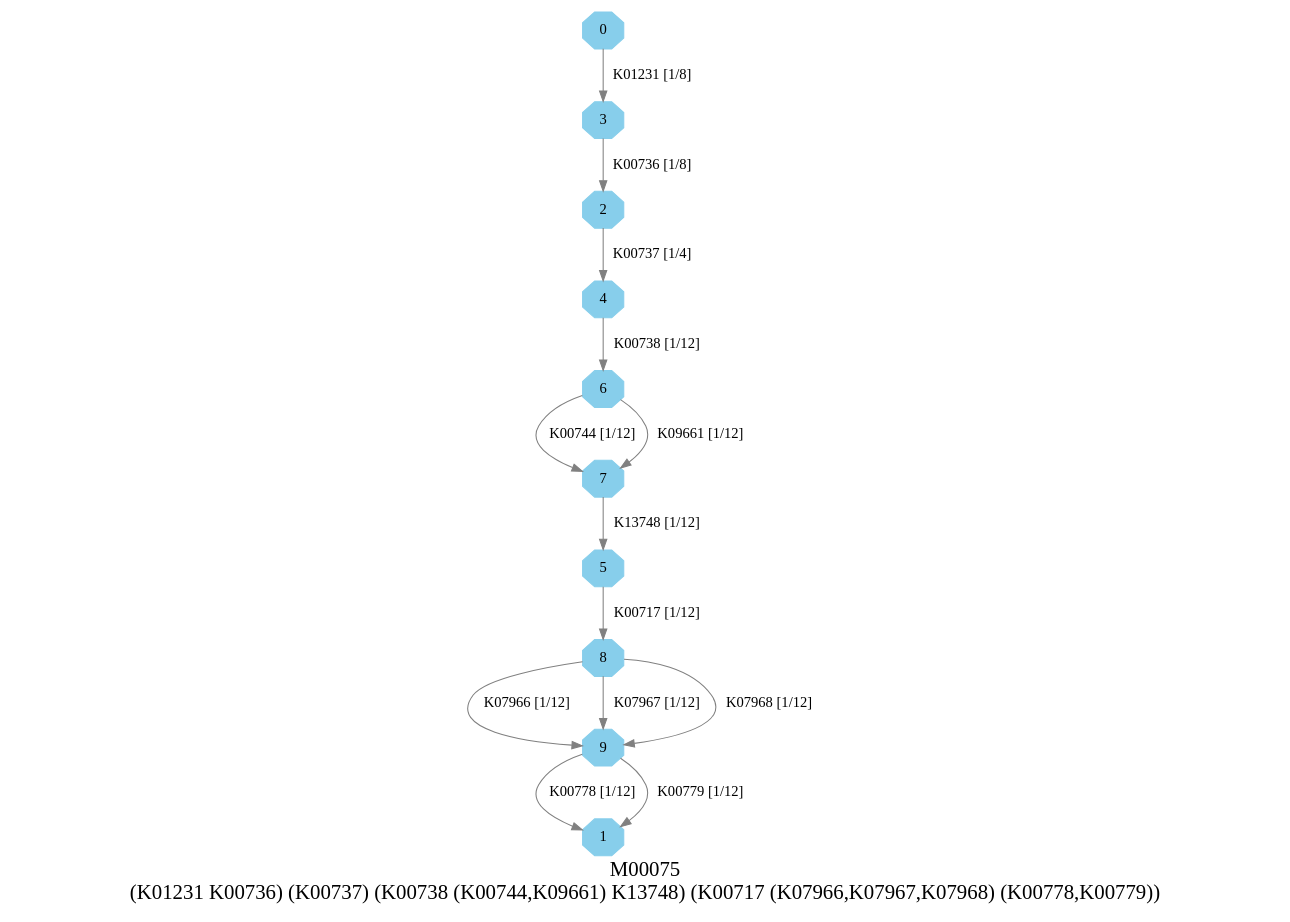
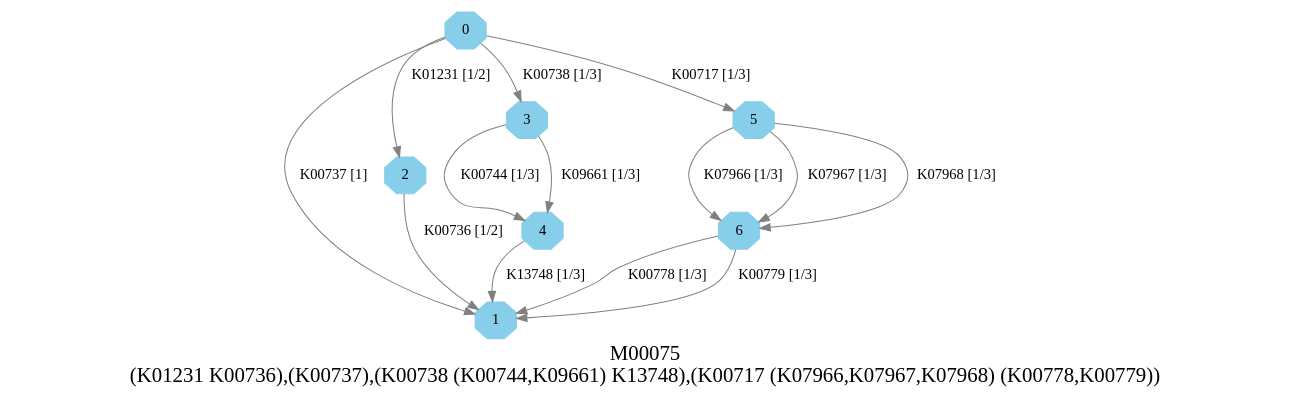
Before and after one commit to EBI-Metagenomics/kegg-pathways-completeness-tool: the diagram in graphs/dots/M00075.dot, drawn with Graphviz. The commit also changed 45 other files, not shown here.

```diff
--- a/graphs/dots/M00075.dot
+++ b/graphs/dots/M00075.dot
@@ -1,20 +1,20 @@
 digraph G {
 graph [label="M00075
-(K01231 K00736) (K00737) (K00738 (K00744,K09661) K13748) (K00717 (K07966,K07967,K07968) (K00778,K00779))",fontsize=20];
+(K01231 K00736),(K00737),(K00738 (K00744,K09661) K13748),(K00717 (K07966,K07967,K07968) (K00778,K00779))",fontsize=20];
 node [shape=box,style=filled];
 edge [len=3,color=grey];
-{node [width=.3,height=.3,shape=octagon,style=filled,color=skyblue] 0 1 2 3 4 5 6 7 8 9 }
-0 -> 3 [label="K01231 [1/8]"];
-2 -> 4 [label="K00737 [1/4]"];
-3 -> 2 [label="K00736 [1/8]"];
-4 -> 6 [label="K00738 [1/12]"];
-5 -> 8 [label="K00717 [1/12]"];
-6 -> 7 [label="K00744 [1/12]"];
-6 -> 7 [label="K09661 [1/12]"];
-7 -> 5 [label="K13748 [1/12]"];
-8 -> 9 [label="K07966 [1/12]"];
-8 -> 9 [label="K07967 [1/12]"];
-8 -> 9 [label="K07968 [1/12]"];
-9 -> 1 [label="K00778 [1/12]"];
-9 -> 1 [label="K00779 [1/12]"];
+{node [width=.3,height=.3,shape=octagon,style=filled,color=skyblue] 0 1 2 3 4 5 6 }
+0 -> 2 [label="K01231 [1/2]"];
+0 -> 1 [label="K00737 [1]"];
+0 -> 3 [label="K00738 [1/3]"];
+0 -> 5 [label="K00717 [1/3]"];
+2 -> 1 [label="K00736 [1/2]"];
+3 -> 4 [label="K00744 [1/3]"];
+3 -> 4 [label="K09661 [1/3]"];
+4 -> 1 [label="K13748 [1/3]"];
+5 -> 6 [label="K07966 [1/3]"];
+5 -> 6 [label="K07967 [1/3]"];
+5 -> 6 [label="K07968 [1/3]"];
+6 -> 1 [label="K00778 [1/3]"];
+6 -> 1 [label="K00779 [1/3]"];
 }
```
